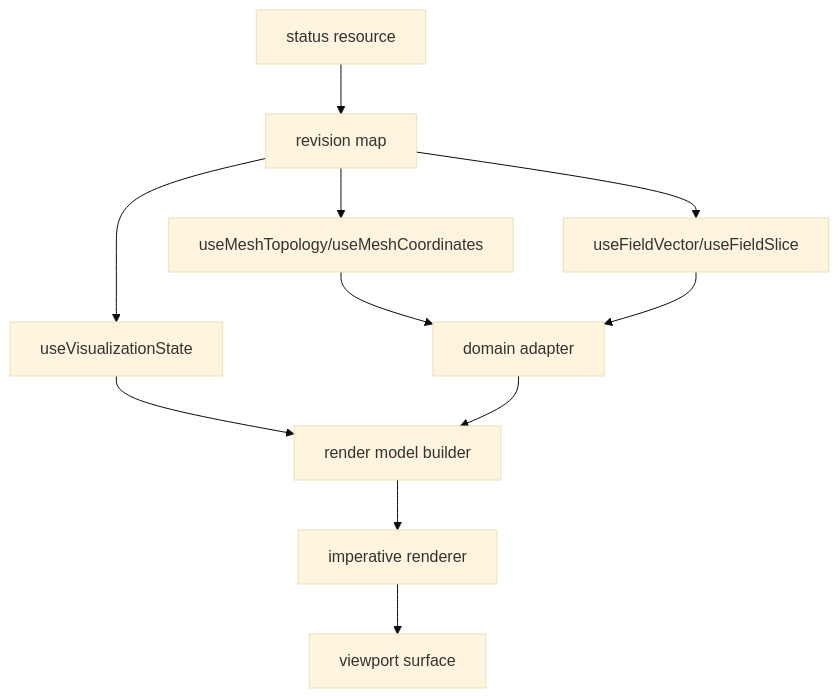
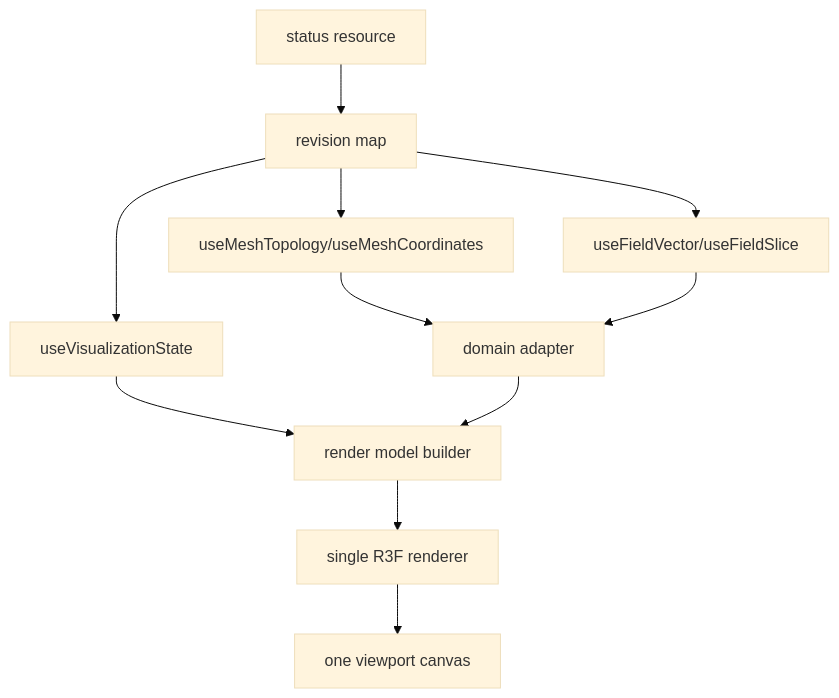
One commit to MateuszZelent/fullmag changed the diagram in docs/specs/frontend-v2/05-viewport-architecture.md. Above: the diagram before and after it, drawn with Mermaid (base theme). The commit also changed 81 other files, not shown here.

````diff
--- a/docs/specs/frontend-v2/05-viewport-architecture.md
+++ b/docs/specs/frontend-v2/05-viewport-architecture.md
@@ -30,13 +30,13 @@
 ```mermaid
 flowchart TD
   Status["status resource"] --> Revisions["revision map"]
   Revisions --> MeshHook["useMeshTopology/useMeshCoordinates"]
   Revisions --> FieldHook["useFieldVector/useFieldSlice"]
   Revisions --> VizHook["useVisualizationState"]
   MeshHook --> Adapter["domain adapter"]
   FieldHook --> Adapter
   VizHook --> RenderModel["render model builder"]
   Adapter --> RenderModel
-  RenderModel --> Renderer["imperative renderer"]
-  Renderer --> Canvas["viewport surface"]
+  RenderModel --> Renderer["single R3F renderer"]
+  Renderer --> Canvas["one viewport canvas"]
 ```
````
